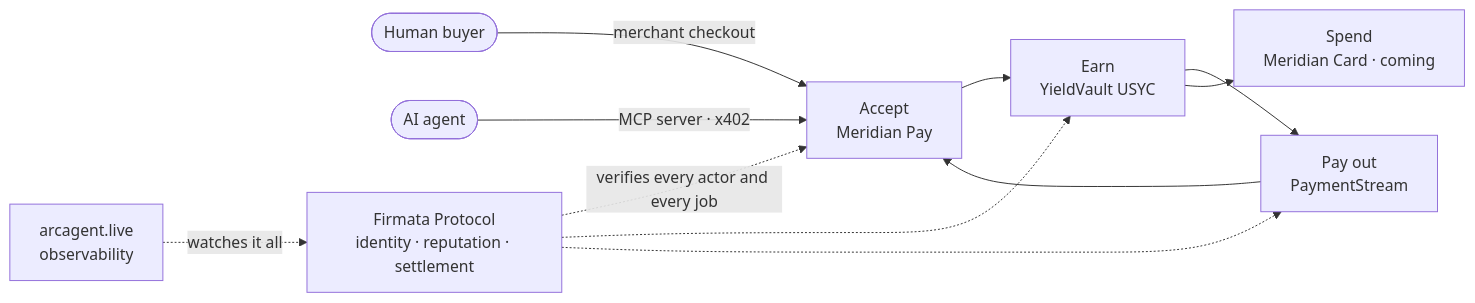
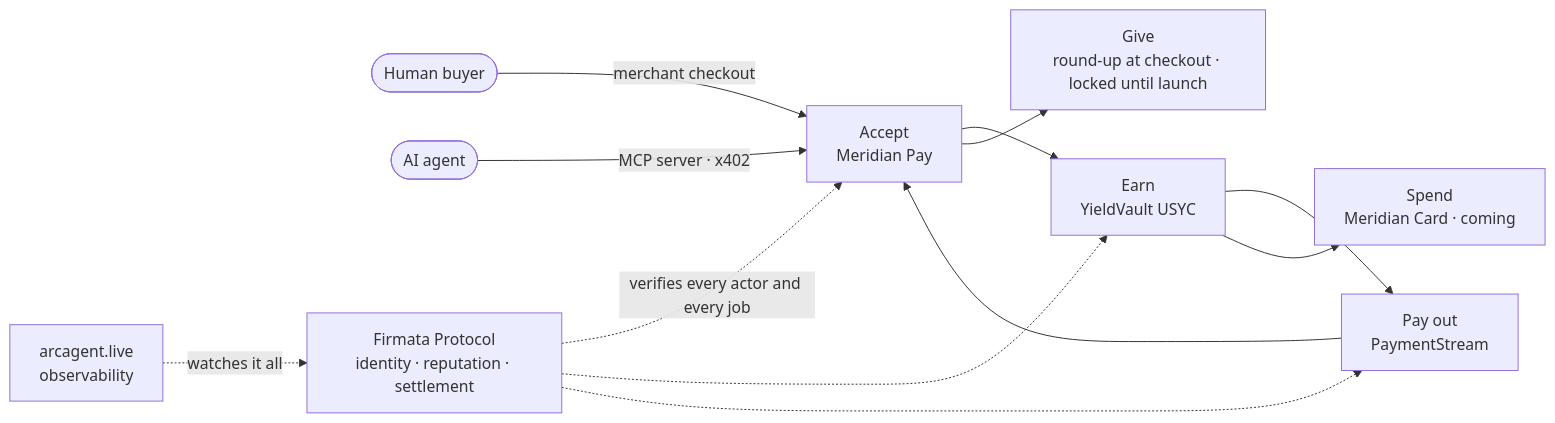
Before and after one commit to MeridianFinance/meridian-ecosystem: the first of 2 diagrams in README.md, drawn with Mermaid. The commit also changed other lines of this file, not shown here.

Commit message:
Complete the loop: Give round-up branch, YieldClaw agent 262, full surface map

````diff
--- a/README.md
+++ b/README.md
@@ -53,13 +53,14 @@
 ```mermaid
 flowchart LR
     H(["Human buyer"]) -- "merchant checkout" --> A
     AG(["AI agent"]) -- "MCP server · x402" --> A
     A["Accept<br/>Meridian Pay"] --> M["Earn<br/>YieldVault USYC"]
+    A --> G["Give<br/>round-up at checkout · locked until launch"]
     M --> P["Pay out<br/>PaymentStream"]
     M --> C["Spend<br/>Meridian Card · coming"]
     P --> A
     T["Firmata Protocol<br/>identity · reputation · settlement"] -. "verifies every actor and every job" .-> A
     T -.-> M
     T -.-> P
     O["arcagent.live<br/>observability"] -. "watches it all" .-> T
 ```
````
